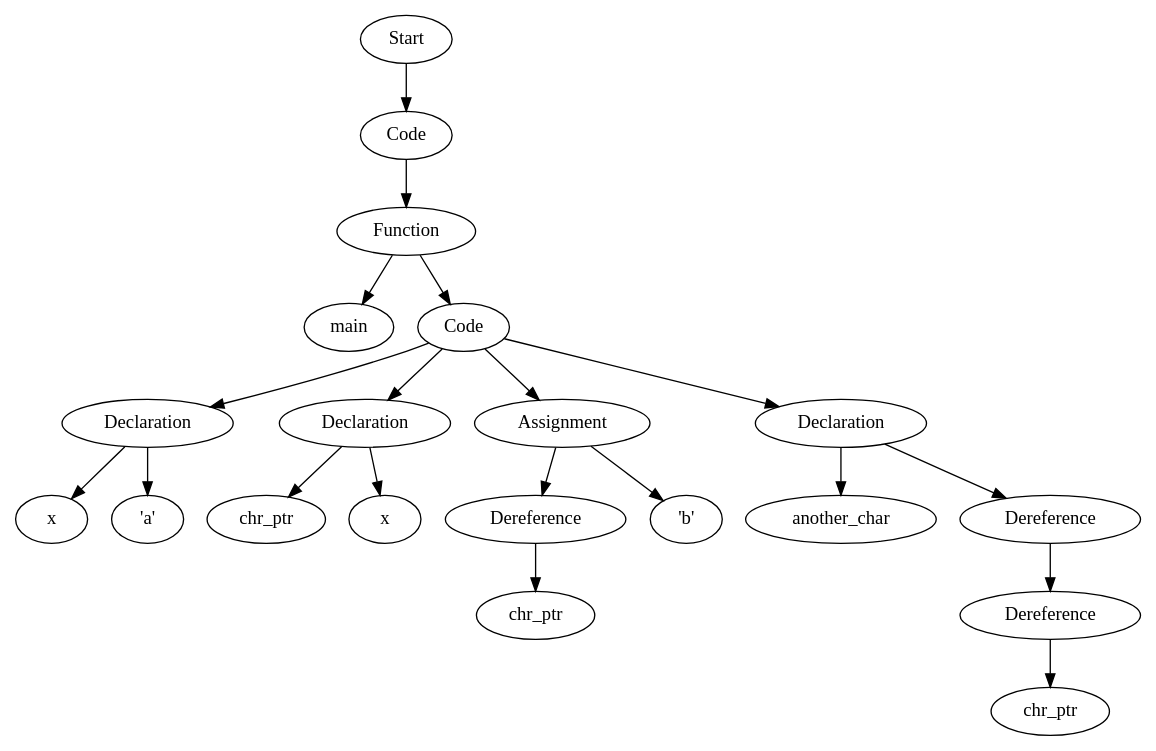
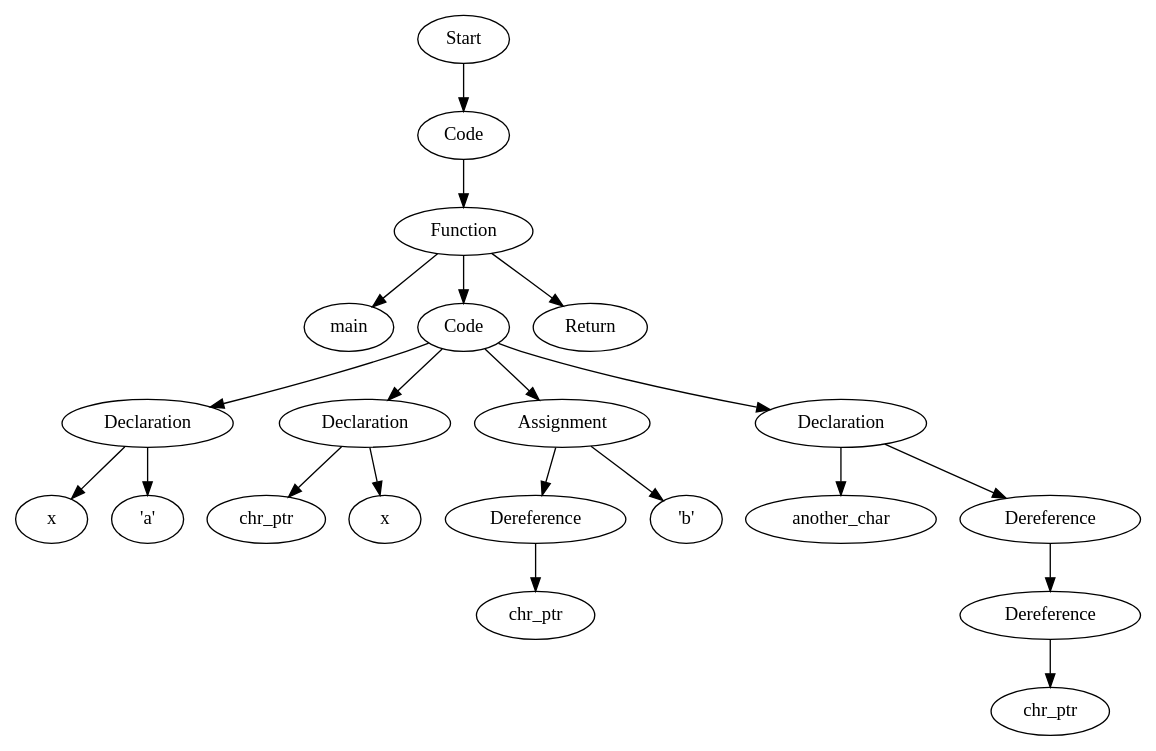
One commit to Are-you-listening/Compilers changed the diagram in testfiles/basic_tests_123/proj2_man_pass_pointerOperations1ASTVisual.dot. Above: the diagram before and after it, drawn with Graphviz. The commit also changed 101 other files, not shown here.

```diff
--- a/testfiles/basic_tests_123/proj2_man_pass_pointerOperations1ASTVisual.dot
+++ b/testfiles/basic_tests_123/proj2_man_pass_pointerOperations1ASTVisual.dot
@@ -1,41 +1,43 @@
 digraph AST {
-  "137497859517136" [label="Start"];
-  "137497859517136" -> "137497859511664";
-  "137497859511664" [label="Code"];
-  "137497859511664" -> "137497859521600";
-  "137497859521600" [label="Function"];
-  "137497859521600" -> "137497859514688";
-  "137497859521600" -> "137497859507104";
-  "137497859514688" [label="main"];
-  "137497859507104" [label="Code"];
-  "137497859507104" -> "137497859506576";
-  "137497859507104" -> "137497859507632";
-  "137497859507104" -> "137497859506288";
-  "137497859507104" -> "137497971515376";
-  "137497859506576" [label="Declaration"];
-  "137497859506576" -> "137497859506672";
-  "137497859506576" -> "137497859514928";
-  "137497859506672" [label="x"];
-  "137497859514928" [label="'a'"];
-  "137497859507632" [label="Declaration"];
-  "137497859507632" -> "137497859514256";
-  "137497859507632" -> "137497971512880";
-  "137497859514256" [label="chr_ptr"];
-  "137497971512880" [label="x"];
-  "137497859506288" [label="Assignment"];
-  "137497859506288" -> "137497971523536";
-  "137497859506288" -> "137497971516384";
-  "137497971523536" [label="Dereference"];
-  "137497971523536" -> "137497971511584";
-  "137497971511584" [label="chr_ptr"];
-  "137497971516384" [label="'b'"];
-  "137497971515376" [label="Declaration"];
-  "137497971515376" -> "137497971521040";
-  "137497971515376" -> "137497971521184";
-  "137497971521040" [label="another_char"];
-  "137497971521184" [label="Dereference"];
-  "137497971521184" -> "137497971523200";
-  "137497971523200" [label="Dereference"];
-  "137497971523200" -> "137497971517536";
-  "137497971517536" [label="chr_ptr"];
+  "128502761537440" [label="Start"];
+  "128502761537440" -> "128502761536096";
+  "128502761536096" [label="Code"];
+  "128502761536096" -> "128502761670352";
+  "128502761670352" [label="Function"];
+  "128502761670352" -> "128502761678752";
+  "128502761670352" -> "128502761673088";
+  "128502761670352" -> "128502761675632";
+  "128502761678752" [label="main"];
+  "128502761673088" [label="Code"];
+  "128502761673088" -> "128502761680912";
+  "128502761673088" -> "128502761671936";
+  "128502761673088" -> "128502761675440";
+  "128502761673088" -> "128502761676640";
+  "128502761680912" [label="Declaration"];
+  "128502761680912" -> "128502761677312";
+  "128502761680912" -> "128502761673568";
+  "128502761677312" [label="x"];
+  "128502761673568" [label="'a'"];
+  "128502761671936" [label="Declaration"];
+  "128502761671936" -> "128502761678848";
+  "128502761671936" -> "128502761669296";
+  "128502761678848" [label="chr_ptr"];
+  "128502761669296" [label="x"];
+  "128502761675440" [label="Assignment"];
+  "128502761675440" -> "128502761674096";
+  "128502761675440" -> "128502761676160";
+  "128502761674096" [label="Dereference"];
+  "128502761674096" -> "128502761684080";
+  "128502761684080" [label="chr_ptr"];
+  "128502761676160" [label="'b'"];
+  "128502761676640" [label="Declaration"];
+  "128502761676640" -> "128502761683456";
+  "128502761676640" -> "128502761683888";
+  "128502761683456" [label="another_char"];
+  "128502761683888" [label="Dereference"];
+  "128502761683888" -> "128502761679568";
+  "128502761679568" [label="Dereference"];
+  "128502761679568" -> "128502761683312";
+  "128502761683312" [label="chr_ptr"];
+  "128502761675632" [label="Return"];
 }
```
